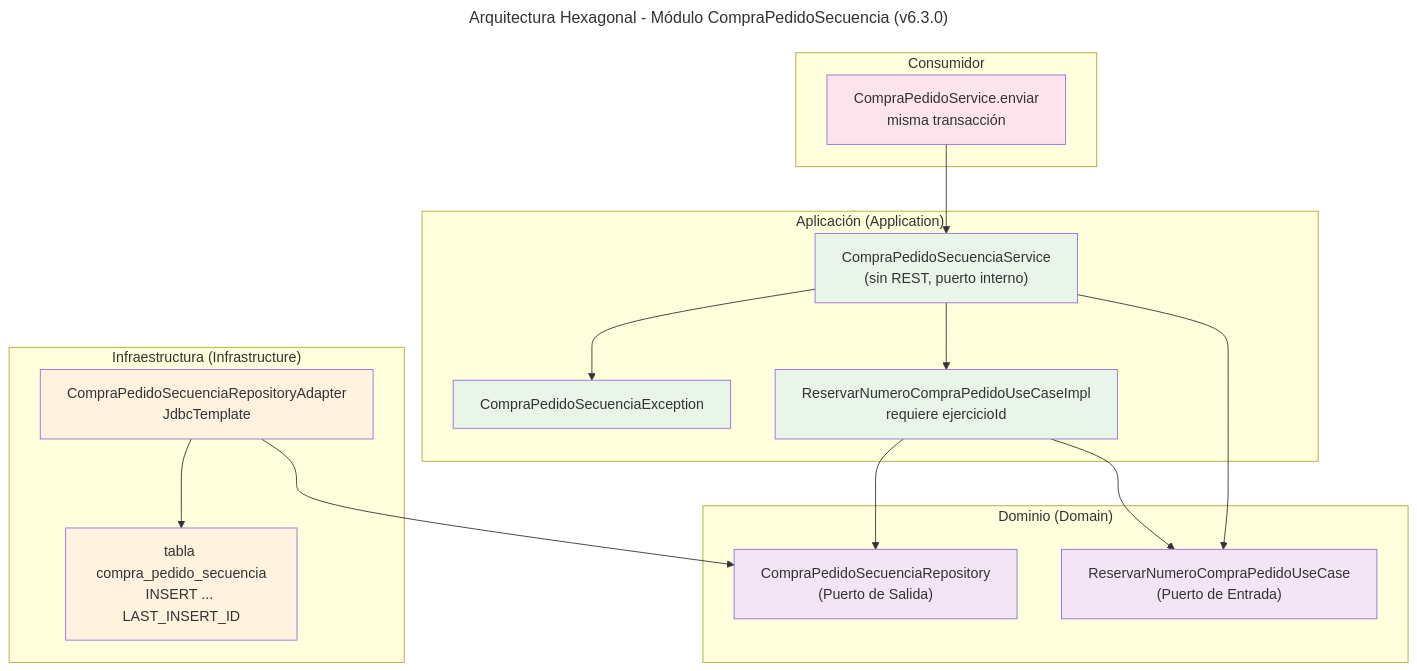
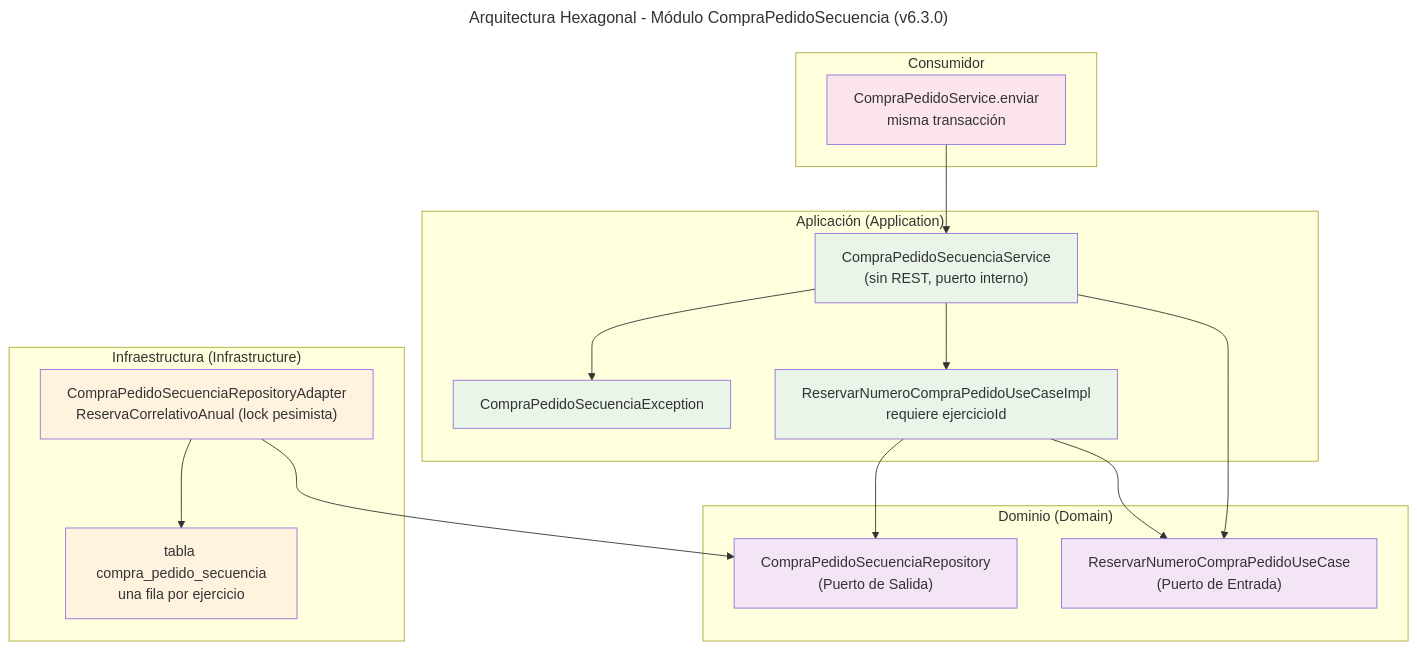
One commit to UM-services/UM.tesoreria.core-service changed the diagram in docs/hexagonal-compraPedidoSecuencia.mmd. Above: the diagram before and after it, drawn with Mermaid. The commit also changed 78 other files, not shown here.

```diff
--- a/docs/hexagonal-compraPedidoSecuencia.mmd
+++ b/docs/hexagonal-compraPedidoSecuencia.mmd
@@ -1,41 +1,41 @@
 ---
 title: Arquitectura Hexagonal - Módulo CompraPedidoSecuencia (v6.3.0)
 ---
 flowchart TD
     subgraph Dominio ["Dominio (Domain)"]
         IN["ReservarNumeroCompraPedidoUseCase<br/>(Puerto de Entrada)"]
         OUT["CompraPedidoSecuenciaRepository<br/>(Puerto de Salida)"]
     end
 
     subgraph Aplicacion ["Aplicación (Application)"]
         Svc["CompraPedidoSecuenciaService<br/>(sin REST, puerto interno)"]
         UC["ReservarNumeroCompraPedidoUseCaseImpl<br/>requiere ejercicioId"]
         Exc["CompraPedidoSecuenciaException"]
     end
 
     subgraph Infraestructura ["Infraestructura (Infrastructure)"]
-        Adp["CompraPedidoSecuenciaRepositoryAdapter<br/>JdbcTemplate"]
-        Tabla["tabla compra_pedido_secuencia<br/>INSERT ... LAST_INSERT_ID"]
+        Adp["CompraPedidoSecuenciaRepositoryAdapter<br/>ReservaCorrelativoAnual (lock pesimista)"]
+        Tabla["tabla compra_pedido_secuencia<br/>una fila por ejercicio"]
     end
 
     subgraph Callers ["Consumidor"]
         Ped["CompraPedidoService.enviar<br/>misma transacción"]
     end
 
     Ped --> Svc
     Svc --> IN
     Svc --> UC
     Svc --> Exc
     UC --> IN
     UC --> OUT
     Adp --> OUT
     Adp --> Tabla
 
     style IN fill:#f3e5f5
     style OUT fill:#f3e5f5
     style Svc fill:#e8f5e8
     style UC fill:#e8f5e8
     style Exc fill:#e8f5e8
     style Adp fill:#fff3e0
     style Tabla fill:#fff3e0
     style Ped fill:#fce4ec
```
